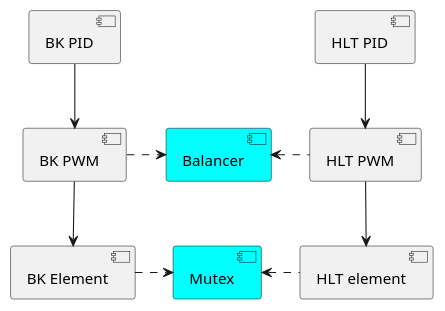
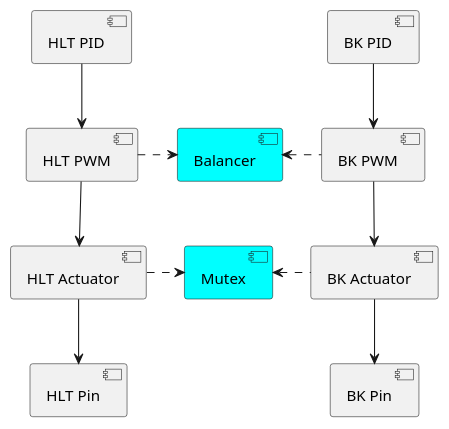
Before and after one commit to BrewBlox/brewblox-documentation: the diagram in docs/uml/balanced_chain.puml, drawn with PlantUML. The commit also changed 7 other files, not shown here.

```diff
--- a/docs/uml/balanced_chain.puml
+++ b/docs/uml/balanced_chain.puml
@@ -1,23 +1,27 @@
 @startuml Balanced Control Chain
-component HLT_PID as "BK PID"
-component HLT_PWM as "BK PWM"
-component HLT_Pin as "BK Element"
+component HLT_PID as "HLT PID"
+component HLT_PWM as "HLT PWM"
+component HLT_Digital as "HLT Actuator"
+component HLT_Pin as "HLT Pin"
 
-component BK_PID as "HLT PID"
-component BK_PWM as "HLT PWM"
-component BK_Pin as "HLT element"
+component BK_PID as "BK PID"
+component BK_PWM as "BK PWM"
+component BK_Digital as "BK Actuator"
+component BK_Pin as "BK Pin"
 
 component Balancer #Cyan
 component Mutex #Cyan
 
 HLT_PID -down-> HLT_PWM
-HLT_PWM -down-> HLT_Pin
+HLT_PWM -down-> HLT_Digital
 HLT_PWM .right.> Balancer
-HLT_Pin .right.> Mutex
+HLT_Digital .right.> Mutex
+HLT_Digital -down-> HLT_Pin
 
 BK_PID -down-> BK_PWM
-BK_PWM -down-> BK_Pin
+BK_PWM -down-> BK_Digital
 BK_PWM .left.> Balancer
-BK_Pin .left.> Mutex
+BK_Digital .left.> Mutex
+BK_Digital -down-> BK_Pin
 
 @enduml
```
